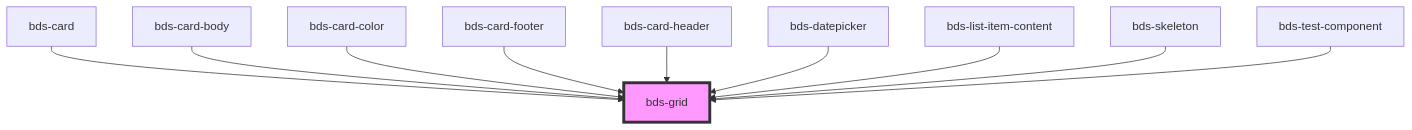
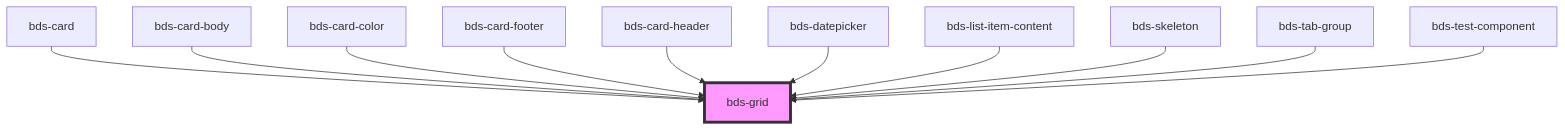
The diagram in src/components/grid/readme.md (takenet/blip-ds), drawn with Mermaid before and after one commit. The commit also changed other lines of this file and 10 other files, not shown here.

````diff
--- a/src/components/grid/readme.md
+++ b/src/components/grid/readme.md
@@ -51,13 +52,14 @@
 ```mermaid
 graph TD;
   bds-card --> bds-grid
   bds-card-body --> bds-grid
   bds-card-color --> bds-grid
   bds-card-footer --> bds-grid
   bds-card-header --> bds-grid
   bds-datepicker --> bds-grid
   bds-list-item-content --> bds-grid
   bds-skeleton --> bds-grid
+  bds-tab-group --> bds-grid
   bds-test-component --> bds-grid
   style bds-grid fill:#f9f,stroke:#333,stroke-width:4px
 ```
````
